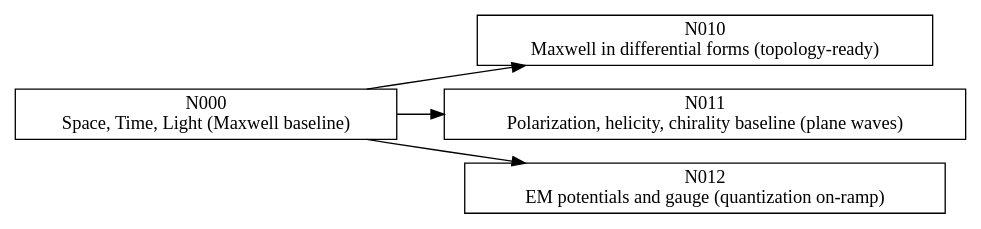
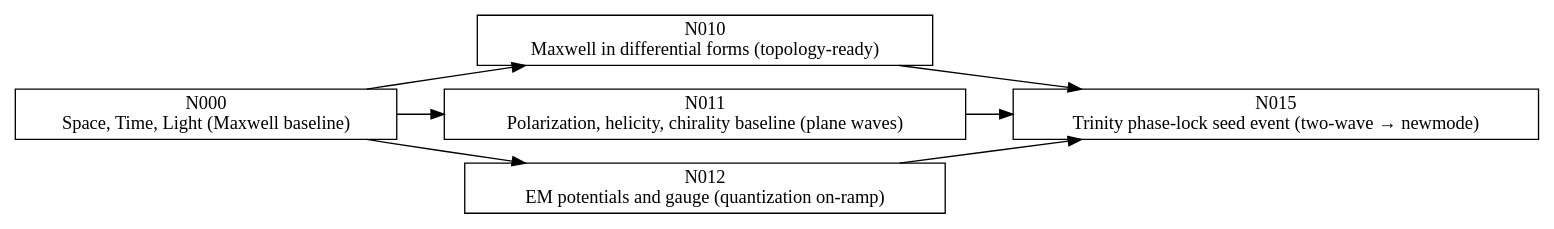
One commit to WeBeGood/Atom2.1-ToE changed the diagram in TREE.dot. Above: the diagram before and after it, drawn with Graphviz. The commit also changed 2 other files, not shown here.

```diff
--- a/TREE.dot
+++ b/TREE.dot
@@ -1,11 +1,15 @@
 digraph Atom21Nodes {
   rankdir=LR;
   node [shape=box];
   "N000" [label="N000\nSpace, Time, Light (Maxwell baseline)"]; 
   "N010" [label="N010\nMaxwell in differential forms (topology-ready)"]; 
   "N011" [label="N011\nPolarization, helicity, chirality baseline (plane waves)"]; 
   "N012" [label="N012\nEM potentials and gauge (quantization on-ramp)"]; 
+  "N015" [label="N015\nTrinity phase-lock seed event (two-wave → newmode)"]; 
   "N000" -> "N010";
   "N000" -> "N011";
   "N000" -> "N012";
+  "N010" -> "N015";
+  "N011" -> "N015";
+  "N012" -> "N015";
 }
```
